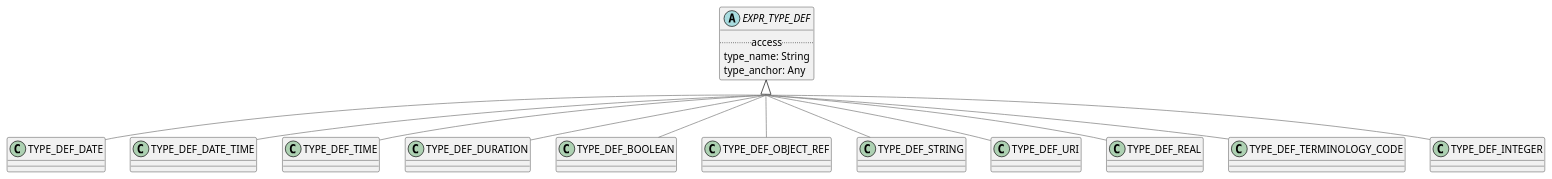
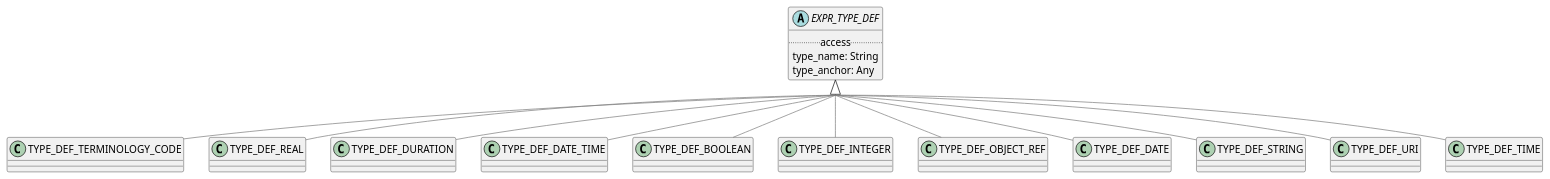
One commit to wolandscat/openehr-doc changed the diagram in modules/ROOT/examples/bmm/languages/bel/type/type-package-uml.adoc. Above: the diagram before and after it, drawn with PlantUML. The commit also changed other lines of this file and 293 other files, not shown here.

Commit message:
Regen with tweaks to UML output and correct metatypes for nested generics.

```diff
--- a/modules/ROOT/examples/bmm/languages/bel/type/type-package-uml.adoc
+++ b/modules/ROOT/examples/bmm/languages/bel/type/type-package-uml.adoc
@@ -3,80 +3,80 @@
 [plantuml,opts=interactive,link=self]
 ....
 skinparam groupInheritance 2
 skinparam citedClassColor #FDFDFD
 
 
-class TYPE_DEF_DATE [[/openehr-doc/latest/languages/bel-gen.html#_class_type_def_date]] {
+class TYPE_DEF_TERMINOLOGY_CODE [[/openehr-doc/latest/languages/bel-gen.html#_class_type_def_terminology_code]] {
 }
 
-TYPE_DEF_DATE -[#gray]up-|> EXPR_TYPE_DEF  
+TYPE_DEF_TERMINOLOGY_CODE -[#gray]up-|> EXPR_TYPE_DEF  
+
+
+class TYPE_DEF_REAL [[/openehr-doc/latest/languages/bel-gen.html#_class_type_def_real]] {
+}
+
+TYPE_DEF_REAL -[#gray]up-|> EXPR_TYPE_DEF  
+
+
+class TYPE_DEF_DURATION [[/openehr-doc/latest/languages/bel-gen.html#_class_type_def_duration]] {
+}
+
+TYPE_DEF_DURATION -[#gray]up-|> EXPR_TYPE_DEF  
 
 
 class TYPE_DEF_DATE_TIME [[/openehr-doc/latest/languages/bel-gen.html#_class_type_def_date_time]] {
 }
 
 TYPE_DEF_DATE_TIME -[#gray]up-|> EXPR_TYPE_DEF  
 
 
-class TYPE_DEF_TIME [[/openehr-doc/latest/languages/bel-gen.html#_class_type_def_time]] {
-}
-
-TYPE_DEF_TIME -[#gray]up-|> EXPR_TYPE_DEF  
-
-
-class TYPE_DEF_DURATION [[/openehr-doc/latest/languages/bel-gen.html#_class_type_def_duration]] {
-}
-
-TYPE_DEF_DURATION -[#gray]up-|> EXPR_TYPE_DEF  
-
-
 class TYPE_DEF_BOOLEAN [[/openehr-doc/latest/languages/bel-gen.html#_class_type_def_boolean]] {
 }
 
 TYPE_DEF_BOOLEAN -[#gray]up-|> EXPR_TYPE_DEF  
+
+
+class TYPE_DEF_INTEGER [[/openehr-doc/latest/languages/bel-gen.html#_class_type_def_integer]] {
+}
+
+TYPE_DEF_INTEGER -[#gray]up-|> EXPR_TYPE_DEF  
 
 
 class TYPE_DEF_OBJECT_REF [[/openehr-doc/latest/languages/bel-gen.html#_class_type_def_object_ref]] {
 }
 
 TYPE_DEF_OBJECT_REF -[#gray]up-|> EXPR_TYPE_DEF  
 
 
-abstract class EXPR_TYPE_DEF [[/openehr-doc/latest/languages/bel-gen.html#_class_expr_type_def]] {
-        .. access ..
-        type_name: String
-        type_anchor: Any
+class TYPE_DEF_DATE [[/openehr-doc/latest/languages/bel-gen.html#_class_type_def_date]] {
 }
+
+TYPE_DEF_DATE -[#gray]up-|> EXPR_TYPE_DEF  
 
 
 class TYPE_DEF_STRING [[/openehr-doc/latest/languages/bel-gen.html#_class_type_def_string]] {
 }
 
 TYPE_DEF_STRING -[#gray]up-|> EXPR_TYPE_DEF  
 
 
 class TYPE_DEF_URI [[/openehr-doc/latest/languages/bel-gen.html#_class_type_def_uri]] {
 }
 
 TYPE_DEF_URI -[#gray]up-|> EXPR_TYPE_DEF  
 
 
-class TYPE_DEF_REAL [[/openehr-doc/latest/languages/bel-gen.html#_class_type_def_real]] {
+class TYPE_DEF_TIME [[/openehr-doc/latest/languages/bel-gen.html#_class_type_def_time]] {
 }
 
-TYPE_DEF_REAL -[#gray]up-|> EXPR_TYPE_DEF  
+TYPE_DEF_TIME -[#gray]up-|> EXPR_TYPE_DEF  
 
 
-class TYPE_DEF_TERMINOLOGY_CODE [[/openehr-doc/latest/languages/bel-gen.html#_class_type_def_terminology_code]] {
+abstract class EXPR_TYPE_DEF [[/openehr-doc/latest/languages/bel-gen.html#_class_expr_type_def]] {
+        .. access ..
+        type_name: String
+        type_anchor: Any
 }
-
-TYPE_DEF_TERMINOLOGY_CODE -[#gray]up-|> EXPR_TYPE_DEF  
-
-
-class TYPE_DEF_INTEGER [[/openehr-doc/latest/languages/bel-gen.html#_class_type_def_integer]] {
-}
-
-TYPE_DEF_INTEGER -[#gray]up-|> EXPR_TYPE_DEF  
 
 
 ....
```
